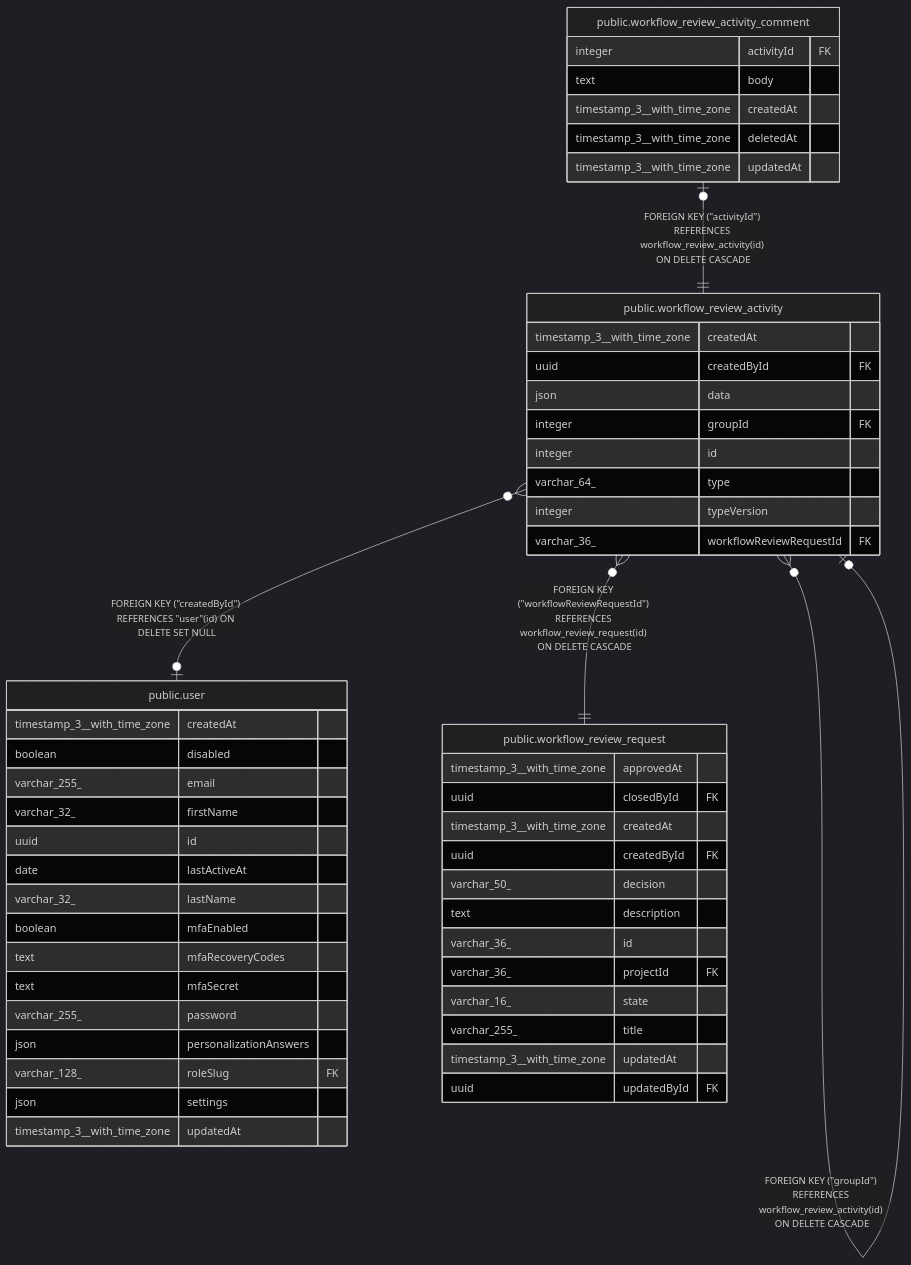
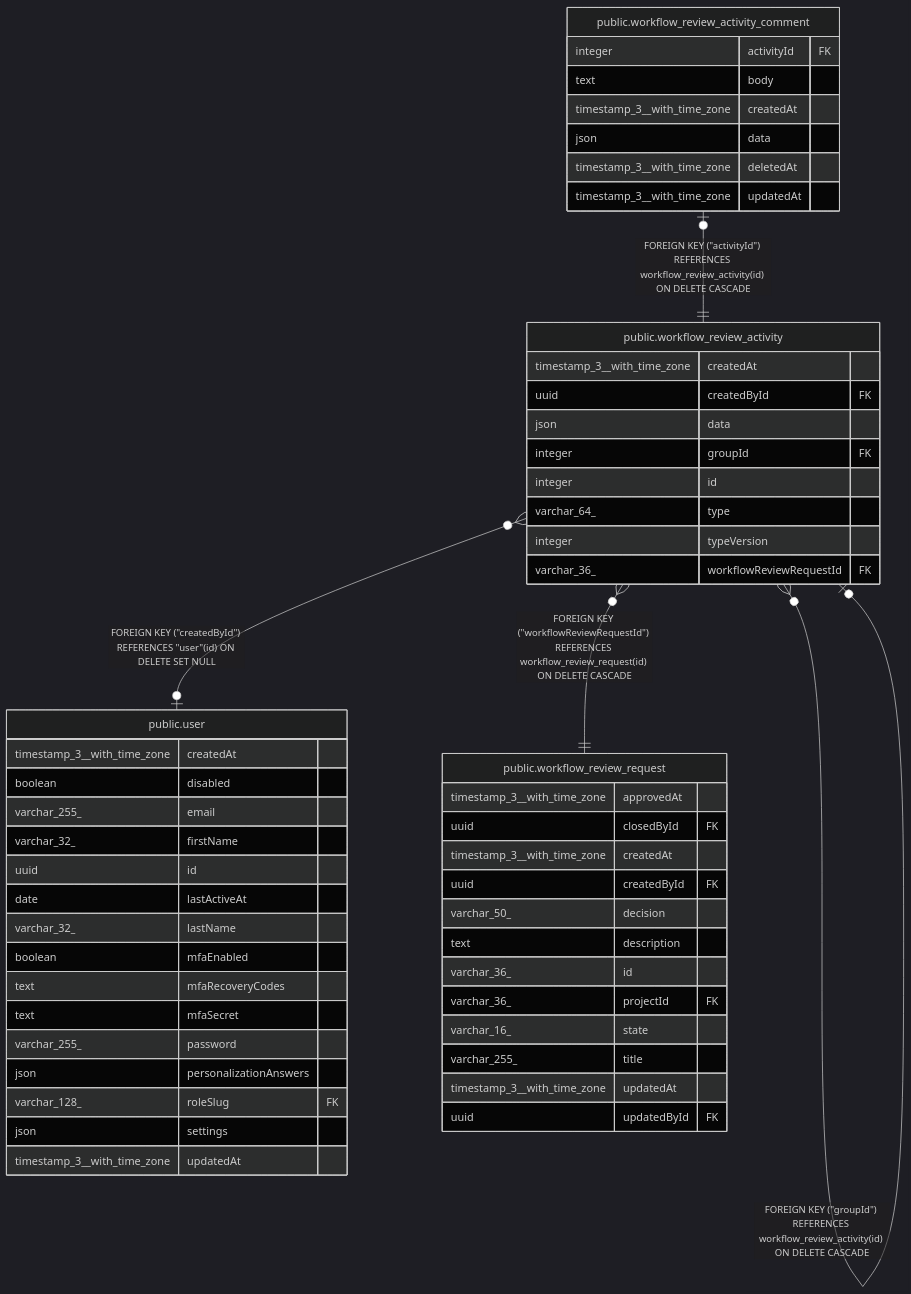
The diagram in docs/generated/postgres-schema/public.workflow_review_activity.md (mayankjain1815-commits/n8n), drawn with Mermaid (dark theme) before and after one commit. The commit also changed 8 other files, not shown here.

````diff
--- a/docs/generated/postgres-schema/public.workflow_review_activity.md
+++ b/docs/generated/postgres-schema/public.workflow_review_activity.md
@@ -40,57 +40,58 @@
 ```mermaid
 erDiagram
 
 "public.workflow_review_activity" }o--o| "public.user" : "FOREIGN KEY (#quot;createdById#quot;) REFERENCES #quot;user#quot;(id) ON DELETE SET NULL"
 "public.workflow_review_activity" }o--o| "public.workflow_review_activity" : "FOREIGN KEY (#quot;groupId#quot;) REFERENCES workflow_review_activity(id) ON DELETE CASCADE"
 "public.workflow_review_activity_comment" |o--|| "public.workflow_review_activity" : "FOREIGN KEY (#quot;activityId#quot;) REFERENCES workflow_review_activity(id) ON DELETE CASCADE"
 "public.workflow_review_activity" }o--|| "public.workflow_review_request" : "FOREIGN KEY (#quot;workflowReviewRequestId#quot;) REFERENCES workflow_review_request(id) ON DELETE CASCADE"
 
 "public.workflow_review_activity" {
   timestamp_3__with_time_zone createdAt
   uuid createdById FK
   json data
   integer groupId FK
   integer id
   varchar_64_ type
   integer typeVersion
   varchar_36_ workflowReviewRequestId FK
 }
 "public.user" {
   timestamp_3__with_time_zone createdAt
   boolean disabled
   varchar_255_ email
   varchar_32_ firstName
   uuid id
   date lastActiveAt
   varchar_32_ lastName
   boolean mfaEnabled
   text mfaRecoveryCodes
   text mfaSecret
   varchar_255_ password
   json personalizationAnswers
   varchar_128_ roleSlug FK
   json settings
   timestamp_3__with_time_zone updatedAt
 }
 "public.workflow_review_activity_comment" {
   integer activityId FK
   text body
   timestamp_3__with_time_zone createdAt
+  json data
   timestamp_3__with_time_zone deletedAt
   timestamp_3__with_time_zone updatedAt
 }
 "public.workflow_review_request" {
   timestamp_3__with_time_zone approvedAt
   uuid closedById FK
   timestamp_3__with_time_zone createdAt
   uuid createdById FK
   varchar_50_ decision
   text description
   varchar_36_ id
   varchar_36_ projectId FK
   varchar_16_ state
   varchar_255_ title
   timestamp_3__with_time_zone updatedAt
   uuid updatedById FK
 }
 ```
````
